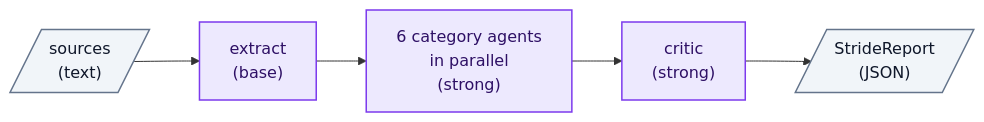
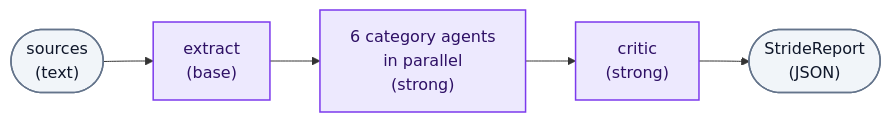
Before and after one commit to mstarks01/work-agent: the diagram in README.md, drawn with Mermaid.

````diff
--- a/README.md
+++ b/README.md
@@ -9,12 +9,12 @@
 ```mermaid
 flowchart LR
-    src[/"sources<br/>(text)"/] --> extract["extract<br/>(base)"]
+    src(["sources<br/>(text)"]) --> extract["extract<br/>(base)"]
     extract --> analyze["6 category agents<br/>in parallel<br/>(strong)"]
     analyze --> critic["critic<br/>(strong)"]
-    critic --> report[/"StrideReport<br/>(JSON)"/]
+    critic --> report(["StrideReport<br/>(JSON)"])
 
     classDef io fill:#f1f5f9,stroke:#64748b,stroke-width:1.5px,color:#0f172a
     classDef llm fill:#ede9fe,stroke:#7c3aed,stroke-width:1.5px,color:#2e1065
     class src,report io
     class extract,analyze,critic llm
 ```
````
